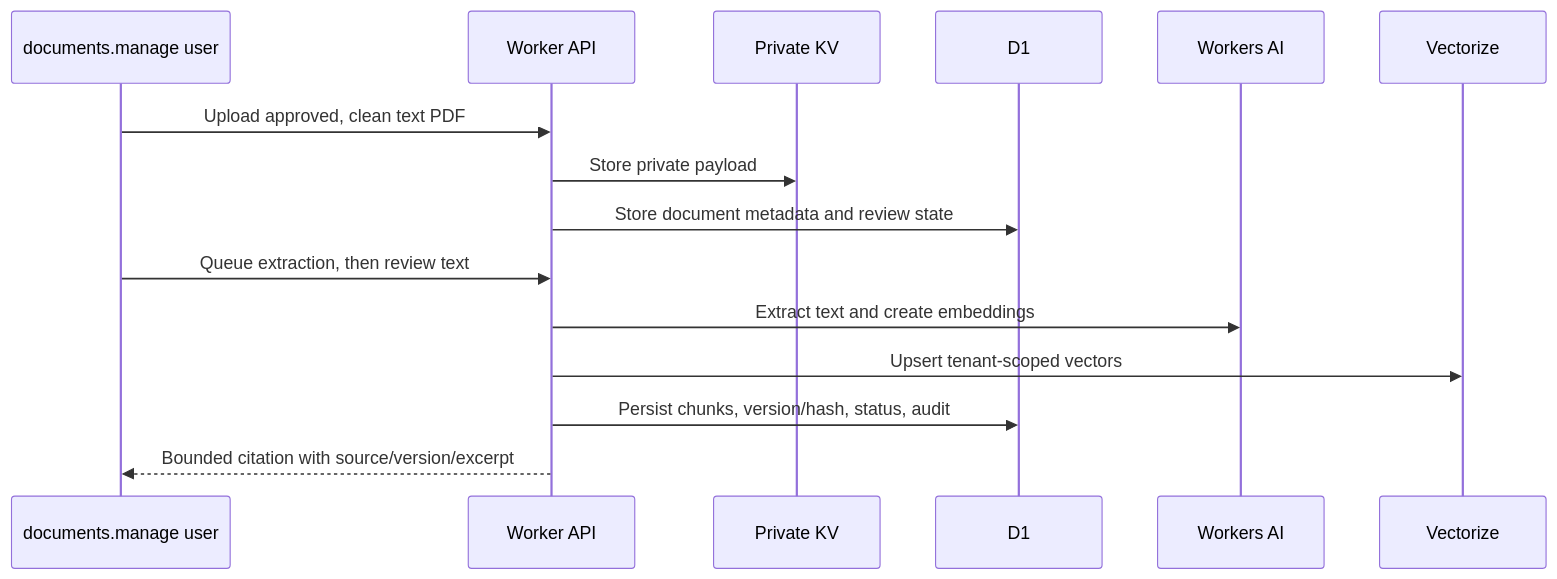
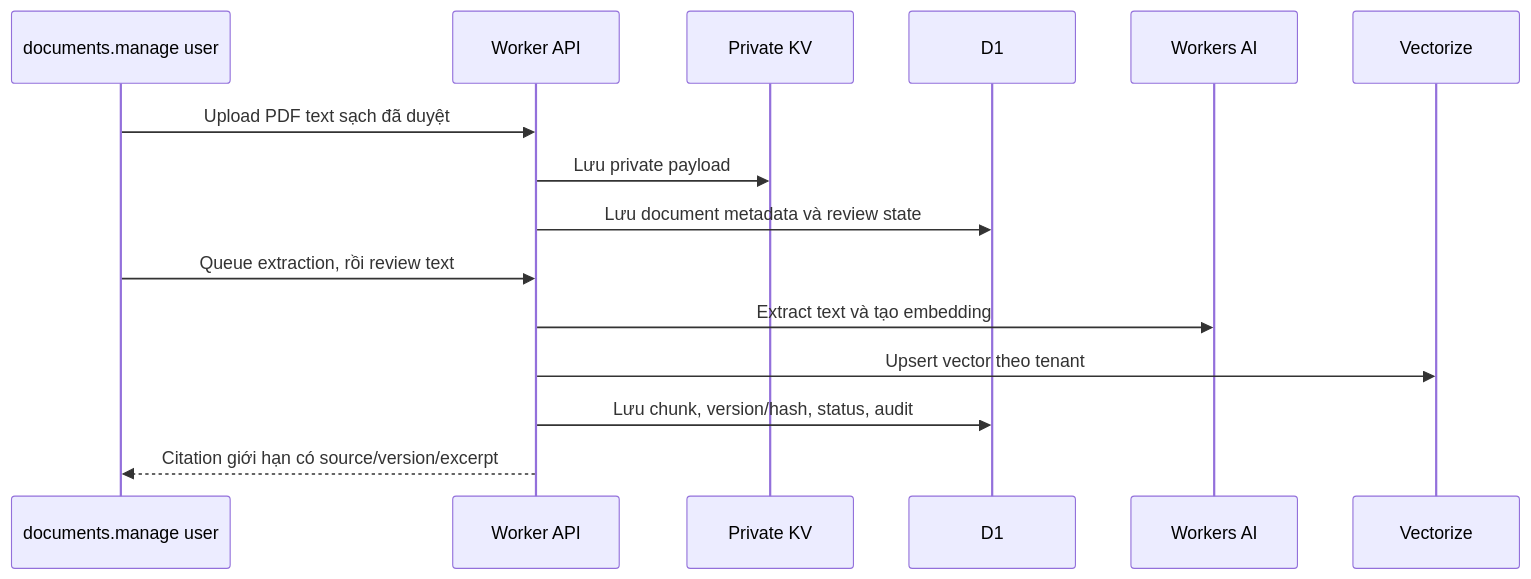
One commit to MutAquaticStudio/OlfactoryOps changed the third of 5 diagrams in README.md. Above: the diagram before and after it, drawn with Mermaid. The commit also changed other lines of this file, not shown here.

````diff
--- a/README.md
+++ b/README.md
@@ -111,18 +111,18 @@
-```mermaid
+~~~mermaid
 sequenceDiagram
   participant Manager as documents.manage user
   participant API as Worker API
   participant KV as Private KV
   participant DB as D1
   participant AI as Workers AI
   participant V as Vectorize
 
-  Manager->>API: Upload approved, clean text PDF
-  API->>KV: Store private payload
-  API->>DB: Store document metadata and review state
-  Manager->>API: Queue extraction, then review text
-  API->>AI: Extract text and create embeddings
-  API->>V: Upsert tenant-scoped vectors
-  API->>DB: Persist chunks, version/hash, status, audit
-  API-->>Manager: Bounded citation with source/version/excerpt
-```
+  Manager->>API: Upload PDF text sạch đã duyệt
+  API->>KV: Lưu private payload
+  API->>DB: Lưu document metadata và review state
+  Manager->>API: Queue extraction, rồi review text
+  API->>AI: Extract text và tạo embedding
+  API->>V: Upsert vector theo tenant
+  API->>DB: Lưu chunk, version/hash, status, audit
+  API-->>Manager: Citation giới hạn có source/version/excerpt
+~~~
````
